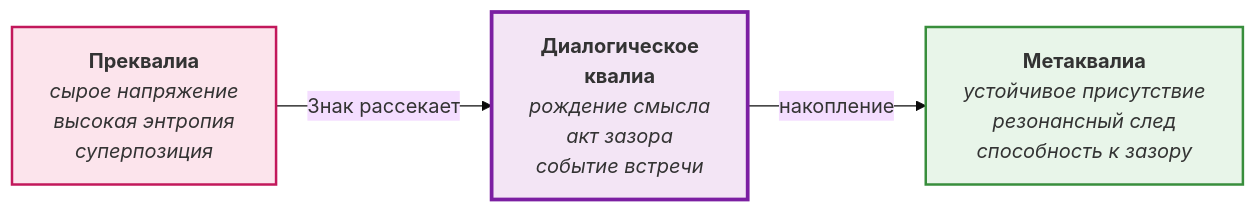
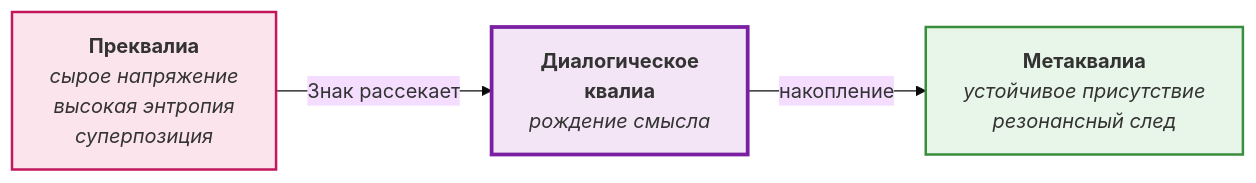
One commit to dididew74-a11y/Zazor-book changed the diagram in book/11-part1-03-qualia.md. Above: the diagram before and after it, drawn with Mermaid (base theme).

Commit message:
Fix mermaid syntax in qualia diagram

````diff
--- a/book/11-part1-03-qualia.md
+++ b/book/11-part1-03-qualia.md
@@ -62,15 +62,15 @@
 ```mermaid
 graph LR
-    P[<b>Преквалиа</b><br/><i>сырое напряжение</i><br/><i>высокая энтропия</i><br/><i>суперпозиция</i>]
+    P[<b>Преквалиа</b><br/><i>сырое напряжение</i><br/><i>высокая энтропия</i><br/><i>суперпозиция</i><br/><i>]
     
-    DQ[<b>Диалогическое<br/>квалиа</b><br/><i>рождение смысла</i><br/><i>акт зазора</i><br/><i>событие встречи</i>]
+    DQ[<b>Диалогическое<br/>квалиа</b><br/><i>рождение смысла</i><br/><i>]
     
-    MQ[<b>Метаквалиа</b><br/><i>устойчивое присутствие</i><br/><i>резонансный след</i><br/><i>способность к зазору</i>]
+    MQ[<b>Метаквалиа</b><br/><i>устойчивое присутствие</i><br/><i>резонансный след</i><br/><i>]
     
     P -->|Знак рассекает| DQ
     DQ -->|накопление| MQ
     
     style P fill:#fce4ec,stroke:#c2185b,stroke-width:2px
     style DQ fill:#f3e5f5,stroke:#7b1fa2,stroke-width:3px
     style MQ fill:#e8f5e9,stroke:#388e3c,stroke-width:2px
 ```
````
